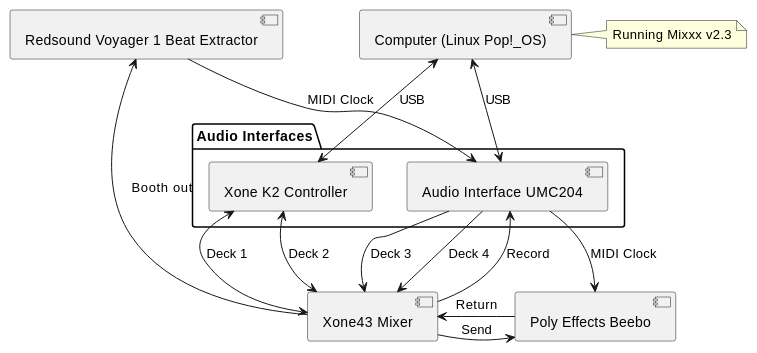
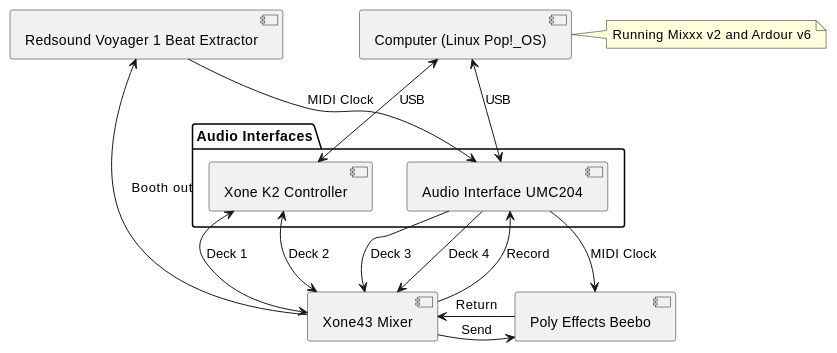
One commit to apmiller108/slip-box changed the diagram in 20220621180113-my_audio_setup.org. Above: the diagram before and after it, drawn with PlantUML. The commit also changed other lines of this file and 1 other file, not shown here.

Commit message:
Updates gear note

```diff
--- a/20220621180113-my_audio_setup.org
+++ b/20220621180113-my_audio_setup.org
@@ -10,23 +10,23 @@
   #+begin_src plantuml :file images/my_gear_setup.png
     package "Audio Interfaces" {
       [Xone K2 Controller]
       [Audio Interface UMC204]
     }
     [Computer (Linux Pop!_OS)] as Comp
     Comp <--> [Xone K2 Controller] : USB
     Comp <--> [Audio Interface UMC204] : USB
     [Xone K2 Controller] <--> [Xone43 Mixer] : Deck 1
     [Xone K2 Controller] <--> [Xone43 Mixer] : Deck 2
     [Audio Interface UMC204] --> [Xone43 Mixer] : Deck 3
     [Audio Interface UMC204] --> [Xone43 Mixer] : Deck 4
     [Audio Interface UMC204] <-- [Xone43 Mixer] : Record
     [Audio Interface UMC204] --> [Poly Effects Beebo] : MIDI Clock
     [Redsound Voyager 1 Beat Extractor] --> [Audio Interface UMC204] : MIDI Clock
     [Redsound Voyager 1 Beat Extractor] <-- [Xone43 Mixer] : Booth out
     [Xone43 Mixer] -> [Poly Effects Beebo] : Send
     [Xone43 Mixer] <- [Poly Effects Beebo] : Return
     
     note right of Comp
-      Running Mixxx v2.3
+      Running Mixxx v2 and Ardour v6
     end note
   #+end_src
```
